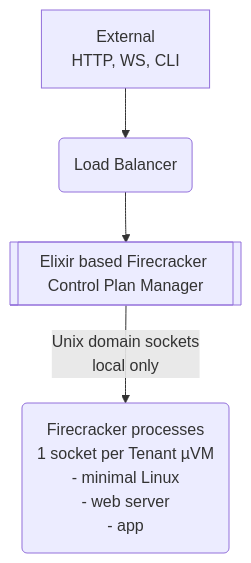
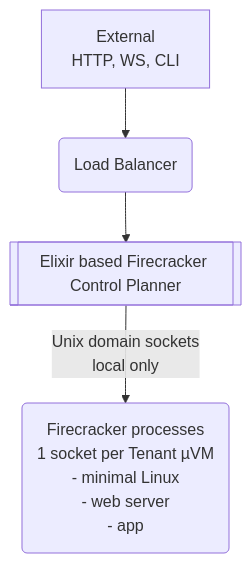
The first of 2 diagrams in README.md (ndrean/microvm-control-planner), drawn with Mermaid before and after one commit. The commit also changed other lines of this file and 26 other files, not shown here.

````diff
--- a/README.md
+++ b/README.md
@@ -9,6 +9,6 @@
 ```mermaid
 flowchart TD
     A[External<br> HTTP, WS, CLI] --> LB(Load Balancer)
-    LB -->E[[Elixir based Firecracker Control Plan Manager]]
+    LB -->E[[Elixir based Firecracker Control Planner]]
     E  --> |Unix domain sockets <br>local only|F(Firecracker processes<br>1 socket per Tenant µVM<br>- minimal Linux<br>- web server<br>- app)
 ```
````
